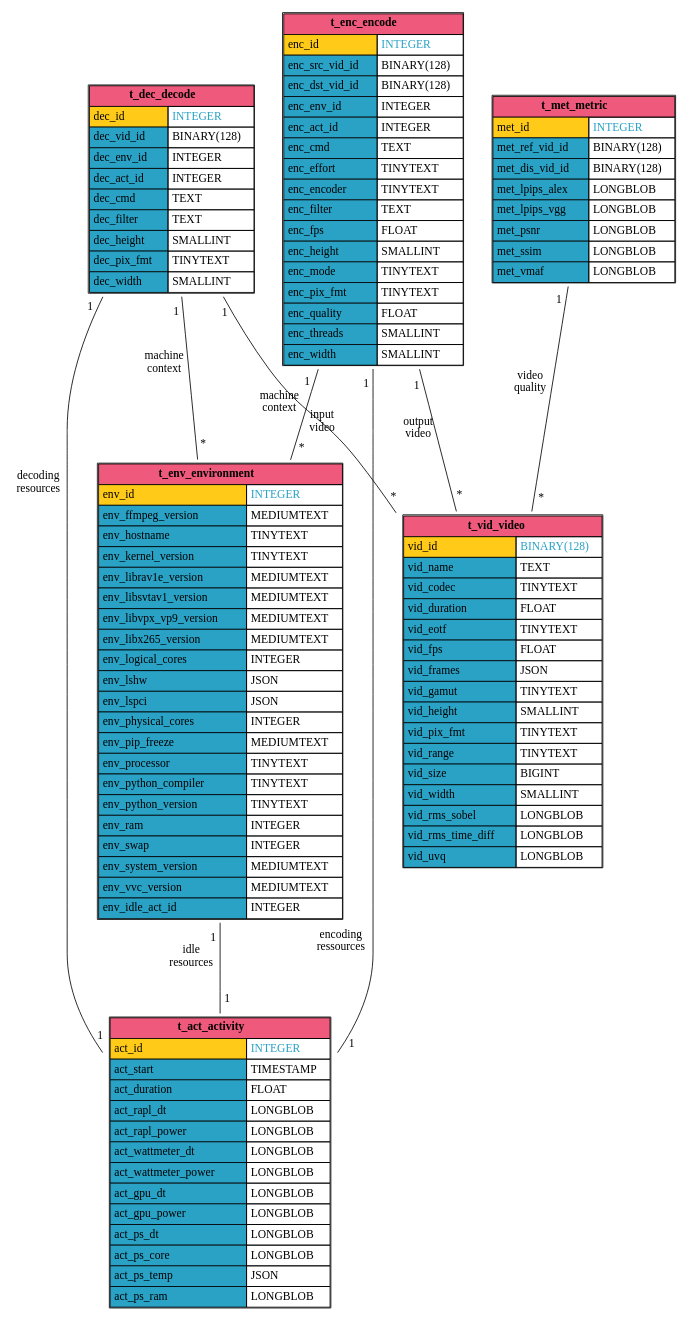
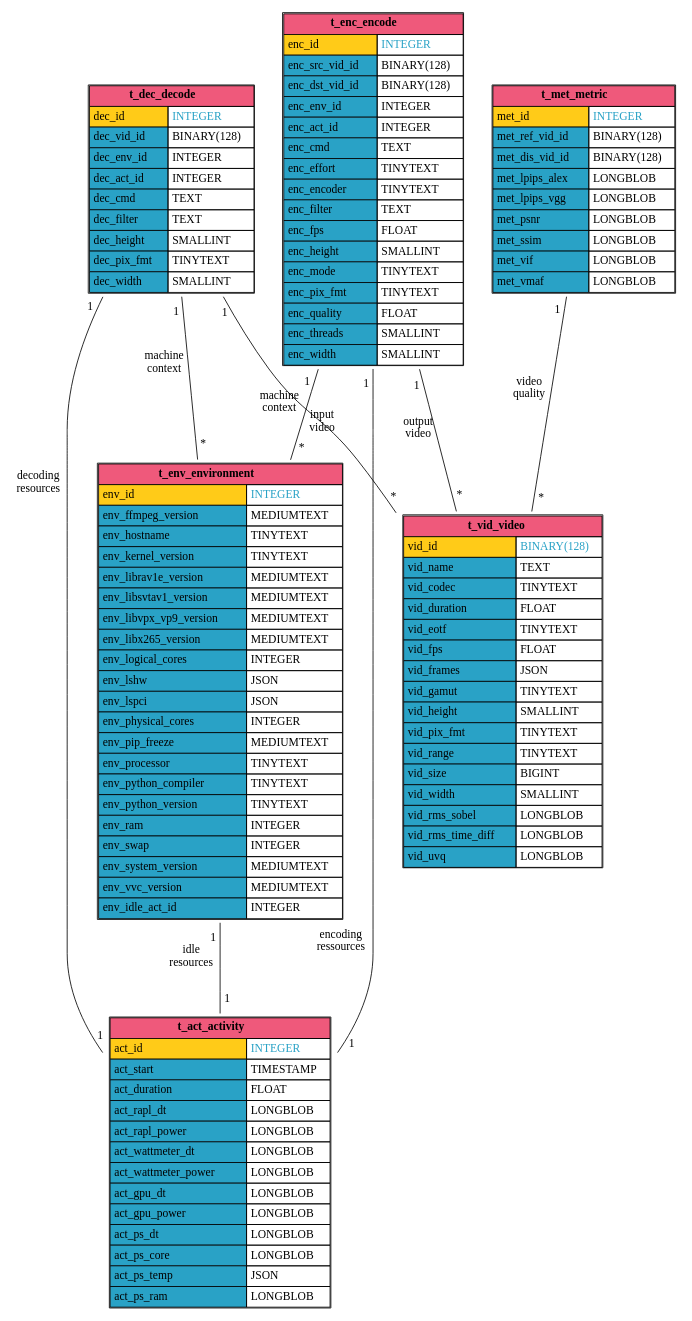
Before and after one commit to robinechuca/mendevi: the diagram in docs/media/sql_database.dot, drawn with Graphviz. The commit also changed 6 other files, not shown here.

```diff
--- a/docs/media/sql_database.dot
+++ b/docs/media/sql_database.dot
@@ -1,137 +1,138 @@
 # dot -Tsvg sql_database.dot > sql_database.svg
 graph database {
   node [shape=plaintext]
   t_act_activity [
     label=<
       <TABLE BORDER="1" CELLBORDER="1" CELLSPACING="0" CELLPADDING="4">
         <TR><TD COLSPAN="2" BGCOLOR="#ef597b"><B>t_act_activity</B></TD></TR>
         <TR><TD ALIGN="LEFT" BGCOLOR="#ffcb18">act_id</TD><TD ALIGN="LEFT"><FONT COLOR="#29a2c6">INTEGER</FONT></TD></TR>
         <TR><TD ALIGN="LEFT" BGCOLOR="#29a2c6">act_start</TD><TD ALIGN="LEFT">TIMESTAMP</TD></TR>
         <TR><TD ALIGN="LEFT" BGCOLOR="#29a2c6">act_duration</TD><TD ALIGN="LEFT">FLOAT</TD></TR>
         <TR><TD ALIGN="LEFT" BGCOLOR="#29a2c6">act_rapl_dt</TD><TD ALIGN="LEFT">LONGBLOB</TD></TR>
         <TR><TD ALIGN="LEFT" BGCOLOR="#29a2c6">act_rapl_power</TD><TD ALIGN="LEFT">LONGBLOB</TD></TR>
         <TR><TD ALIGN="LEFT" BGCOLOR="#29a2c6">act_wattmeter_dt</TD><TD ALIGN="LEFT">LONGBLOB</TD></TR>
         <TR><TD ALIGN="LEFT" BGCOLOR="#29a2c6">act_wattmeter_power</TD><TD ALIGN="LEFT">LONGBLOB</TD></TR>
         <TR><TD ALIGN="LEFT" BGCOLOR="#29a2c6">act_gpu_dt</TD><TD ALIGN="LEFT">LONGBLOB</TD></TR>
         <TR><TD ALIGN="LEFT" BGCOLOR="#29a2c6">act_gpu_power</TD><TD ALIGN="LEFT">LONGBLOB</TD></TR>
         <TR><TD ALIGN="LEFT" BGCOLOR="#29a2c6">act_ps_dt</TD><TD ALIGN="LEFT">LONGBLOB</TD></TR>
         <TR><TD ALIGN="LEFT" BGCOLOR="#29a2c6">act_ps_core</TD><TD ALIGN="LEFT">LONGBLOB</TD></TR>
         <TR><TD ALIGN="LEFT" BGCOLOR="#29a2c6">act_ps_temp</TD><TD ALIGN="LEFT">JSON</TD></TR>
         <TR><TD ALIGN="LEFT" BGCOLOR="#29a2c6">act_ps_ram</TD><TD ALIGN="LEFT">LONGBLOB</TD></TR>
       </TABLE>
     >
   ];
   t_vid_video [
     label=<
       <TABLE BORDER="1" CELLBORDER="1" CELLSPACING="0" CELLPADDING="4">
         <TR><TD COLSPAN="2" BGCOLOR="#ef597b"><B>t_vid_video</B></TD></TR>
         <TR><TD ALIGN="LEFT" BGCOLOR="#ffcb18">vid_id</TD><TD ALIGN="LEFT"><FONT COLOR="#29a2c6">BINARY(128)</FONT></TD></TR>
         <TR><TD ALIGN="LEFT" BGCOLOR="#29a2c6">vid_name</TD><TD ALIGN="LEFT">TEXT</TD></TR>
         <TR><TD ALIGN="LEFT" BGCOLOR="#29a2c6">vid_codec</TD><TD ALIGN="LEFT">TINYTEXT</TD></TR>
         <TR><TD ALIGN="LEFT" BGCOLOR="#29a2c6">vid_duration</TD><TD ALIGN="LEFT">FLOAT</TD></TR>
         <TR><TD ALIGN="LEFT" BGCOLOR="#29a2c6">vid_eotf</TD><TD ALIGN="LEFT">TINYTEXT</TD></TR>
         <TR><TD ALIGN="LEFT" BGCOLOR="#29a2c6">vid_fps</TD><TD ALIGN="LEFT">FLOAT</TD></TR>
         <TR><TD ALIGN="LEFT" BGCOLOR="#29a2c6">vid_frames</TD><TD ALIGN="LEFT">JSON</TD></TR>
         <TR><TD ALIGN="LEFT" BGCOLOR="#29a2c6">vid_gamut</TD><TD ALIGN="LEFT">TINYTEXT</TD></TR>
         <TR><TD ALIGN="LEFT" BGCOLOR="#29a2c6">vid_height</TD><TD ALIGN="LEFT">SMALLINT</TD></TR>
         <TR><TD ALIGN="LEFT" BGCOLOR="#29a2c6">vid_pix_fmt</TD><TD ALIGN="LEFT">TINYTEXT</TD></TR>
         <TR><TD ALIGN="LEFT" BGCOLOR="#29a2c6">vid_range</TD><TD ALIGN="LEFT">TINYTEXT</TD></TR>
         <TR><TD ALIGN="LEFT" BGCOLOR="#29a2c6">vid_size</TD><TD ALIGN="LEFT">BIGINT</TD></TR>
         <TR><TD ALIGN="LEFT" BGCOLOR="#29a2c6">vid_width</TD><TD ALIGN="LEFT">SMALLINT</TD></TR>
         <TR><TD ALIGN="LEFT" BGCOLOR="#29a2c6">vid_rms_sobel</TD><TD ALIGN="LEFT">LONGBLOB</TD></TR>
         <TR><TD ALIGN="LEFT" BGCOLOR="#29a2c6">vid_rms_time_diff</TD><TD ALIGN="LEFT">LONGBLOB</TD></TR>
         <TR><TD ALIGN="LEFT" BGCOLOR="#29a2c6">vid_uvq</TD><TD ALIGN="LEFT">LONGBLOB</TD></TR>
       </TABLE>
     >
   ];
   t_met_metric [
     label=<
       <TABLE BORDER="1" CELLBORDER="1" CELLSPACING="0" CELLPADDING="4">
         <TR><TD COLSPAN="2" BGCOLOR="#ef597b"><B>t_met_metric</B></TD></TR>
         <TR><TD ALIGN="LEFT" BGCOLOR="#ffcb18">met_id</TD><TD ALIGN="LEFT"><FONT COLOR="#29a2c6">INTEGER</FONT></TD></TR>
         <TR><TD ALIGN="LEFT" BGCOLOR="#29a2c6">met_ref_vid_id</TD><TD ALIGN="LEFT">BINARY(128)</TD></TR>
         <TR><TD ALIGN="LEFT" BGCOLOR="#29a2c6">met_dis_vid_id</TD><TD ALIGN="LEFT">BINARY(128)</TD></TR>
         <TR><TD ALIGN="LEFT" BGCOLOR="#29a2c6">met_lpips_alex</TD><TD ALIGN="LEFT">LONGBLOB</TD></TR>
         <TR><TD ALIGN="LEFT" BGCOLOR="#29a2c6">met_lpips_vgg</TD><TD ALIGN="LEFT">LONGBLOB</TD></TR>
         <TR><TD ALIGN="LEFT" BGCOLOR="#29a2c6">met_psnr</TD><TD ALIGN="LEFT">LONGBLOB</TD></TR>
         <TR><TD ALIGN="LEFT" BGCOLOR="#29a2c6">met_ssim</TD><TD ALIGN="LEFT">LONGBLOB</TD></TR>
+        <TR><TD ALIGN="LEFT" BGCOLOR="#29a2c6">met_vif</TD><TD ALIGN="LEFT">LONGBLOB</TD></TR>
         <TR><TD ALIGN="LEFT" BGCOLOR="#29a2c6">met_vmaf</TD><TD ALIGN="LEFT">LONGBLOB</TD></TR>
       </TABLE>
     >
   ];
   t_env_environment [
     label=<
       <TABLE BORDER="1" CELLBORDER="1" CELLSPACING="0" CELLPADDING="4">
         <TR><TD COLSPAN="2" BGCOLOR="#ef597b"><B>t_env_environment</B></TD></TR>
         <TR><TD ALIGN="LEFT" BGCOLOR="#ffcb18">env_id</TD><TD ALIGN="LEFT"><FONT COLOR="#29a2c6">INTEGER</FONT></TD></TR>
         <TR><TD ALIGN="LEFT" BGCOLOR="#29a2c6">env_ffmpeg_version</TD><TD ALIGN="LEFT">MEDIUMTEXT</TD></TR>
         <TR><TD ALIGN="LEFT" BGCOLOR="#29a2c6">env_hostname</TD><TD ALIGN="LEFT">TINYTEXT</TD></TR>
         <TR><TD ALIGN="LEFT" BGCOLOR="#29a2c6">env_kernel_version</TD><TD ALIGN="LEFT">TINYTEXT</TD></TR>
         <TR><TD ALIGN="LEFT" BGCOLOR="#29a2c6">env_librav1e_version</TD><TD ALIGN="LEFT">MEDIUMTEXT</TD></TR>
         <TR><TD ALIGN="LEFT" BGCOLOR="#29a2c6">env_libsvtav1_version</TD><TD ALIGN="LEFT">MEDIUMTEXT</TD></TR>
         <TR><TD ALIGN="LEFT" BGCOLOR="#29a2c6">env_libvpx_vp9_version</TD><TD ALIGN="LEFT">MEDIUMTEXT</TD></TR>
         <TR><TD ALIGN="LEFT" BGCOLOR="#29a2c6">env_libx265_version</TD><TD ALIGN="LEFT">MEDIUMTEXT</TD></TR>
         <TR><TD ALIGN="LEFT" BGCOLOR="#29a2c6">env_logical_cores</TD><TD ALIGN="LEFT">INTEGER</TD></TR>
         <TR><TD ALIGN="LEFT" BGCOLOR="#29a2c6">env_lshw</TD><TD ALIGN="LEFT">JSON</TD></TR>
         <TR><TD ALIGN="LEFT" BGCOLOR="#29a2c6">env_lspci</TD><TD ALIGN="LEFT">JSON</TD></TR>
         <TR><TD ALIGN="LEFT" BGCOLOR="#29a2c6">env_physical_cores</TD><TD ALIGN="LEFT">INTEGER</TD></TR>
         <TR><TD ALIGN="LEFT" BGCOLOR="#29a2c6">env_pip_freeze</TD><TD ALIGN="LEFT">MEDIUMTEXT</TD></TR>
         <TR><TD ALIGN="LEFT" BGCOLOR="#29a2c6">env_processor</TD><TD ALIGN="LEFT">TINYTEXT</TD></TR>
         <TR><TD ALIGN="LEFT" BGCOLOR="#29a2c6">env_python_compiler</TD><TD ALIGN="LEFT">TINYTEXT</TD></TR>
         <TR><TD ALIGN="LEFT" BGCOLOR="#29a2c6">env_python_version</TD><TD ALIGN="LEFT">TINYTEXT</TD></TR>
         <TR><TD ALIGN="LEFT" BGCOLOR="#29a2c6">env_ram</TD><TD ALIGN="LEFT">INTEGER</TD></TR>
         <TR><TD ALIGN="LEFT" BGCOLOR="#29a2c6">env_swap</TD><TD ALIGN="LEFT">INTEGER</TD></TR>
         <TR><TD ALIGN="LEFT" BGCOLOR="#29a2c6">env_system_version</TD><TD ALIGN="LEFT">MEDIUMTEXT</TD></TR>
         <TR><TD ALIGN="LEFT" BGCOLOR="#29a2c6">env_vvc_version</TD><TD ALIGN="LEFT">MEDIUMTEXT</TD></TR>
         <TR><TD ALIGN="LEFT" BGCOLOR="#29a2c6">env_idle_act_id</TD><TD ALIGN="LEFT">INTEGER</TD></TR>
       </TABLE>
     >
   ];
   t_dec_decode [
     label=<
       <TABLE BORDER="1" CELLBORDER="1" CELLSPACING="0" CELLPADDING="4">
         <TR><TD COLSPAN="2" BGCOLOR="#ef597b"><B>t_dec_decode</B></TD></TR>
         <TR><TD ALIGN="LEFT" BGCOLOR="#ffcb18">dec_id</TD><TD ALIGN="LEFT"><FONT COLOR="#29a2c6">INTEGER</FONT></TD></TR>
         <TR><TD ALIGN="LEFT" BGCOLOR="#29a2c6">dec_vid_id</TD><TD ALIGN="LEFT">BINARY(128)</TD></TR>
         <TR><TD ALIGN="LEFT" BGCOLOR="#29a2c6">dec_env_id</TD><TD ALIGN="LEFT">INTEGER</TD></TR>
         <TR><TD ALIGN="LEFT" BGCOLOR="#29a2c6">dec_act_id</TD><TD ALIGN="LEFT">INTEGER</TD></TR>
         <TR><TD ALIGN="LEFT" BGCOLOR="#29a2c6">dec_cmd</TD><TD ALIGN="LEFT">TEXT</TD></TR>
         <TR><TD ALIGN="LEFT" BGCOLOR="#29a2c6">dec_filter</TD><TD ALIGN="LEFT">TEXT</TD></TR>
         <TR><TD ALIGN="LEFT" BGCOLOR="#29a2c6">dec_height</TD><TD ALIGN="LEFT">SMALLINT</TD></TR>
         <TR><TD ALIGN="LEFT" BGCOLOR="#29a2c6">dec_pix_fmt</TD><TD ALIGN="LEFT">TINYTEXT</TD></TR>
         <TR><TD ALIGN="LEFT" BGCOLOR="#29a2c6">dec_width</TD><TD ALIGN="LEFT">SMALLINT</TD></TR>
       </TABLE>
     >
   ];
   t_enc_encode [
     label=<
       <TABLE BORDER="1" CELLBORDER="1" CELLSPACING="0" CELLPADDING="4">
         <TR><TD COLSPAN="2" BGCOLOR="#ef597b"><B>t_enc_encode</B></TD></TR>
         <TR><TD ALIGN="LEFT" BGCOLOR="#ffcb18">enc_id</TD><TD ALIGN="LEFT"><FONT COLOR="#29a2c6">INTEGER</FONT></TD></TR>
         <TR><TD ALIGN="LEFT" BGCOLOR="#29a2c6">enc_src_vid_id</TD><TD ALIGN="LEFT">BINARY(128)</TD></TR>
         <TR><TD ALIGN="LEFT" BGCOLOR="#29a2c6">enc_dst_vid_id</TD><TD ALIGN="LEFT">BINARY(128)</TD></TR>
         <TR><TD ALIGN="LEFT" BGCOLOR="#29a2c6">enc_env_id</TD><TD ALIGN="LEFT">INTEGER</TD></TR>
         <TR><TD ALIGN="LEFT" BGCOLOR="#29a2c6">enc_act_id</TD><TD ALIGN="LEFT">INTEGER</TD></TR>
         <TR><TD ALIGN="LEFT" BGCOLOR="#29a2c6">enc_cmd</TD><TD ALIGN="LEFT">TEXT</TD></TR>
         <TR><TD ALIGN="LEFT" BGCOLOR="#29a2c6">enc_effort</TD><TD ALIGN="LEFT">TINYTEXT</TD></TR>
         <TR><TD ALIGN="LEFT" BGCOLOR="#29a2c6">enc_encoder</TD><TD ALIGN="LEFT">TINYTEXT</TD></TR>
         <TR><TD ALIGN="LEFT" BGCOLOR="#29a2c6">enc_filter</TD><TD ALIGN="LEFT">TEXT</TD></TR>
         <TR><TD ALIGN="LEFT" BGCOLOR="#29a2c6">enc_fps</TD><TD ALIGN="LEFT">FLOAT</TD></TR>
         <TR><TD ALIGN="LEFT" BGCOLOR="#29a2c6">enc_height</TD><TD ALIGN="LEFT">SMALLINT</TD></TR>
         <TR><TD ALIGN="LEFT" BGCOLOR="#29a2c6">enc_mode</TD><TD ALIGN="LEFT">TINYTEXT</TD></TR>
         <TR><TD ALIGN="LEFT" BGCOLOR="#29a2c6">enc_pix_fmt</TD><TD ALIGN="LEFT">TINYTEXT</TD></TR>
         <TR><TD ALIGN="LEFT" BGCOLOR="#29a2c6">enc_quality</TD><TD ALIGN="LEFT">FLOAT</TD></TR>
         <TR><TD ALIGN="LEFT" BGCOLOR="#29a2c6">enc_threads</TD><TD ALIGN="LEFT">SMALLINT</TD></TR>
         <TR><TD ALIGN="LEFT" BGCOLOR="#29a2c6">enc_width</TD><TD ALIGN="LEFT">SMALLINT</TD></TR>
       </TABLE>
     >
   ];
   t_enc_encode -- t_act_activity [minlen=3, taillabel="1", headlabel="1", xlabel="encoding\nressources", labeldistance=2.0]
   t_enc_encode -- t_env_environment [minlen=3, taillabel="1", headlabel="*", xlabel="machine\ncontext", labeldistance=2.0]
   t_enc_encode -- t_vid_video [minlen=3, taillabel="1", headlabel="*", xlabel="output\nvideo", labeldistance=2.0]
   t_met_metric -- t_vid_video [minlen=3, taillabel="1", headlabel="*", xlabel="video\nquality", labeldistance=2.0]
   t_dec_decode -- t_act_activity [minlen=3, taillabel="1", headlabel="1", xlabel="decoding\nresources", labeldistance=2.0]
   t_dec_decode -- t_env_environment [minlen=3, taillabel="1", headlabel="*", xlabel="machine\ncontext", labeldistance=2.0]
   t_dec_decode -- t_vid_video [minlen=3, taillabel="1", headlabel="*", xlabel="input\nvideo", labeldistance=2.0]
   t_env_environment -- t_act_activity [minlen=3, taillabel="1", headlabel="1", xlabel="idle\nresources", labeldistance=2.0]
 }
```
